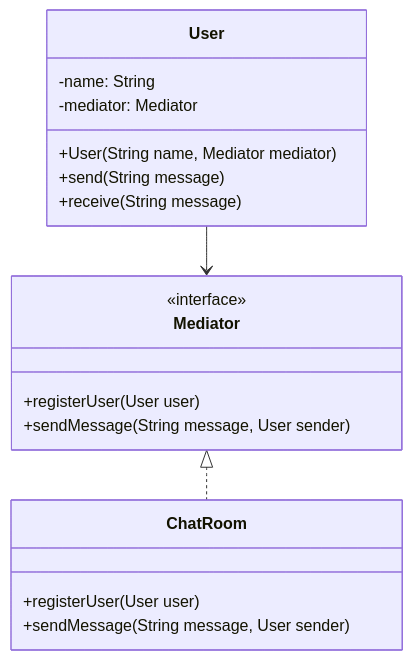
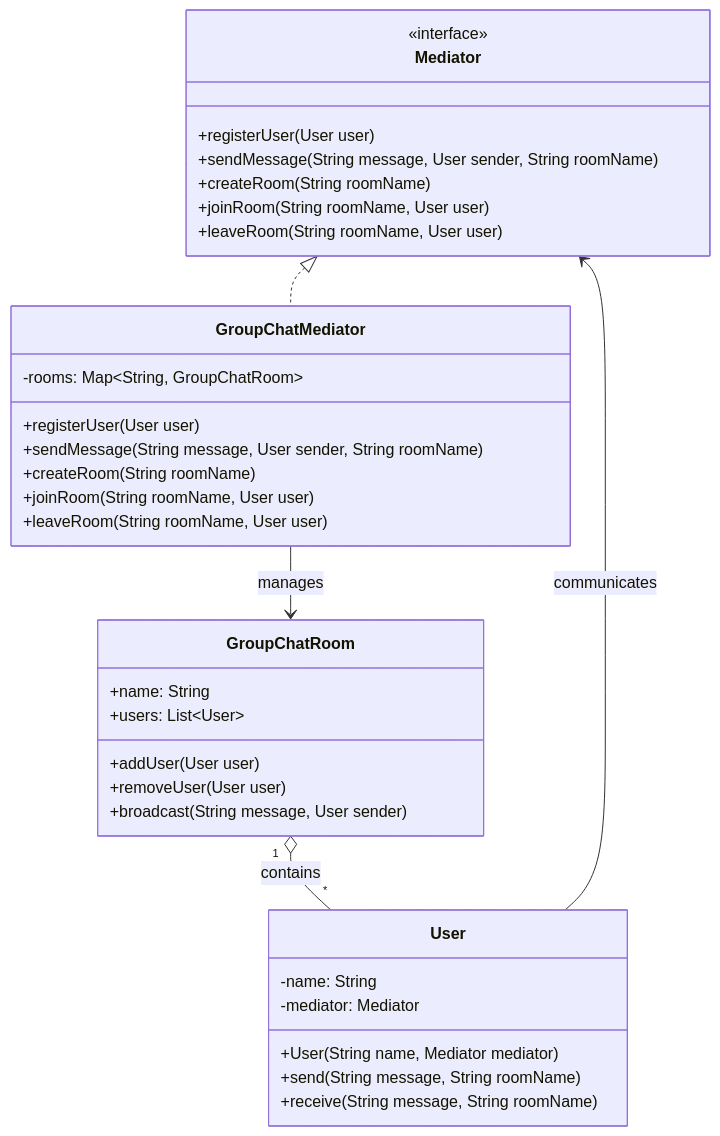
One commit to handeycor/sabana-design-pattern changed the third of 3 diagrams in README.md. Above: the diagram before and after it, drawn with Mermaid. The commit also changed 1 other file, not shown here.

Commit message:
docs: actualiza diagrama de clases del escenario 3 (patrón Mediator)

````diff
--- a/README.md
+++ b/README.md
@@ -235,26 +235,41 @@
 ```mermaid
 classDiagram
     class Mediator {
         <<interface>>
         +registerUser(User user)
-        +sendMessage(String message, User sender)
+        +sendMessage(String message, User sender, String roomName)
+        +createRoom(String roomName)
+        +joinRoom(String roomName, User user)
+        +leaveRoom(String roomName, User user)
     }
 
-    class ChatRoom {
+    class GroupChatRoom {
+        +name: String
+        +users: List~User~
+        +addUser(User user)
+        +removeUser(User user)
+        +broadcast(String message, User sender)
+    }
+
+    class GroupChatMediator {
+        -rooms: Map~String, GroupChatRoom~
         +registerUser(User user)
-        +sendMessage(String message, User sender)
+        +sendMessage(String message, User sender, String roomName)
+        +createRoom(String roomName)
+        +joinRoom(String roomName, User user)
+        +leaveRoom(String roomName, User user)
     }
 
     class User {
         -name: String
         -mediator: Mediator
         +User(String name, Mediator mediator)
-        +send(String message)
-        +receive(String message)
+        +send(String message, String roomName)
+        +receive(String message, String roomName)
     }
 
-    Mediator <|.. ChatRoom
-    User --> Mediator
-
-
+    Mediator <|.. GroupChatMediator
+    GroupChatMediator --> GroupChatRoom : manages
+    GroupChatRoom "1" o-- "*" User : contains
+    User --> Mediator : communicates
 ```
````
